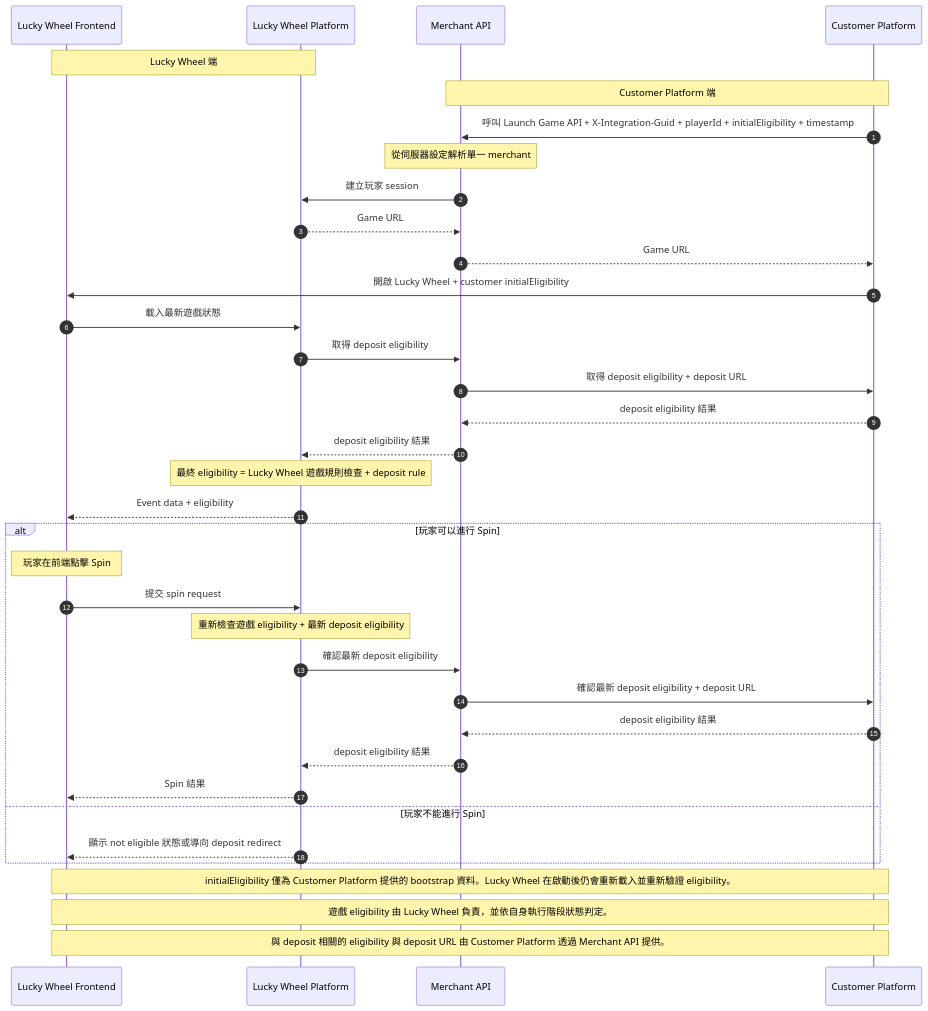
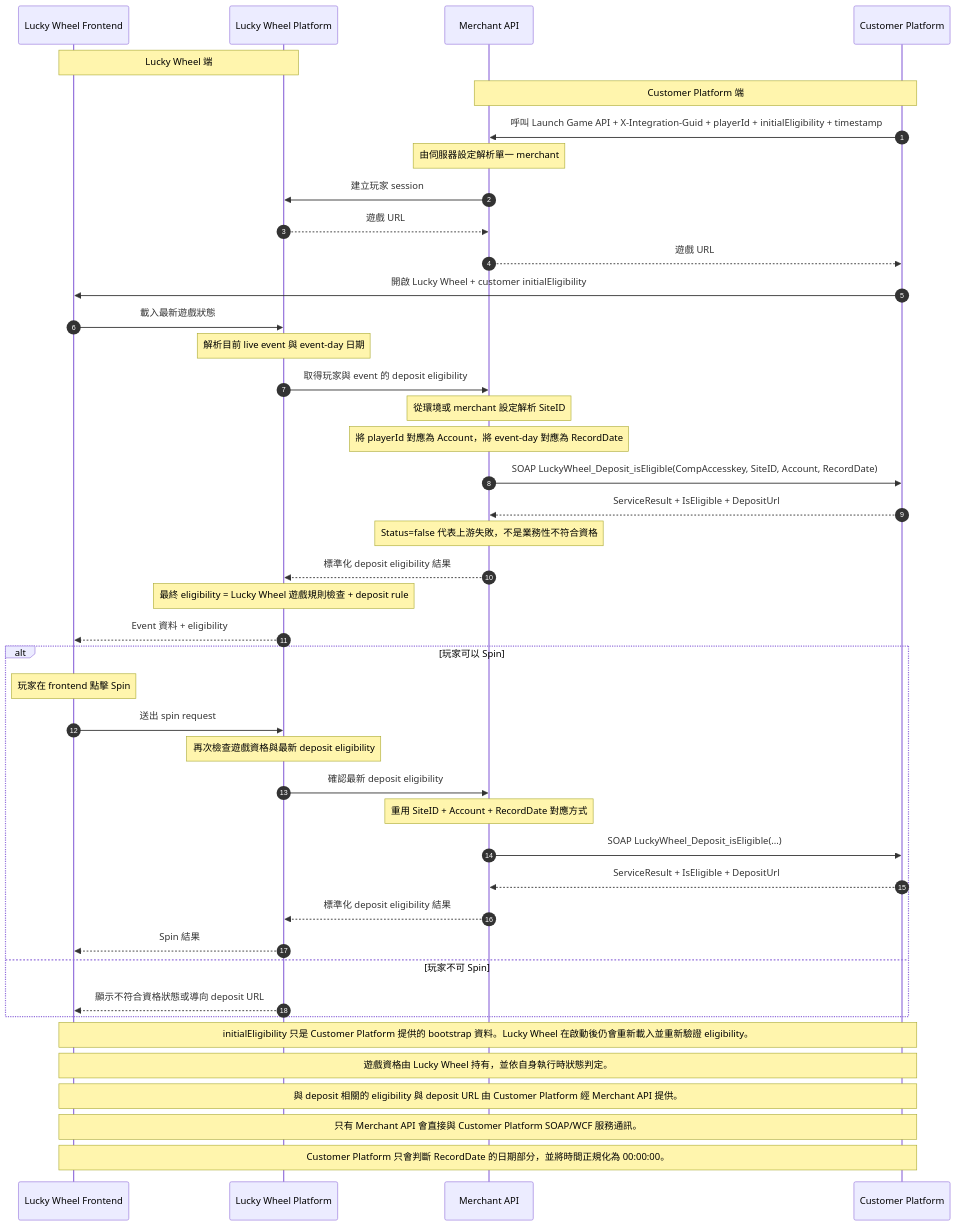
Before and after one commit to ElricStormking/LuckyWheelLeaderboard: the diagram in LuckyWheel_Dataflow_Diagram_Public_zh-TW.mmd, drawn with Mermaid. The commit also changed 19 other files, not shown here.

Commit message:
Integrate customer platform eligibility and update docs

```diff
--- a/LuckyWheel_Dataflow_Diagram_Public_zh-TW.mmd
+++ b/LuckyWheel_Dataflow_Diagram_Public_zh-TW.mmd
@@ -1,41 +1,48 @@
 sequenceDiagram
     autonumber
     participant LWF as Lucky Wheel Frontend
     participant LWP as Lucky Wheel Platform
     participant MAP as Merchant API
     participant CP as Customer Platform
 
     Note over LWF,LWP: Lucky Wheel 端
     Note over MAP,CP: Customer Platform 端
 
     CP->>MAP: 呼叫 Launch Game API + X-Integration-Guid + playerId + initialEligibility + timestamp
-    Note over MAP: 從伺服器設定解析單一 merchant
+    Note over MAP: 由伺服器設定解析單一 merchant
     MAP->>LWP: 建立玩家 session
-    LWP-->>MAP: Game URL
-    MAP-->>CP: Game URL
+    LWP-->>MAP: 遊戲 URL
+    MAP-->>CP: 遊戲 URL
     CP->>LWF: 開啟 Lucky Wheel + customer initialEligibility
 
     LWF->>LWP: 載入最新遊戲狀態
-    LWP->>MAP: 取得 deposit eligibility
-    MAP->>CP: 取得 deposit eligibility + deposit URL
-    CP-->>MAP: deposit eligibility 結果
-    MAP-->>LWP: deposit eligibility 結果
+    Note over LWP: 解析目前 live event 與 event-day 日期
+    LWP->>MAP: 取得玩家與 event 的 deposit eligibility
+    Note over MAP: 從環境或 merchant 設定解析 SiteID
+    Note over MAP: 將 playerId 對應為 Account，將 event-day 對應為 RecordDate
+    MAP->>CP: SOAP LuckyWheel_Deposit_isEligible(CompAccesskey, SiteID, Account, RecordDate)
+    CP-->>MAP: ServiceResult + IsEligible + DepositUrl
+    Note over MAP: Status=false 代表上游失敗，不是業務性不符合資格
+    MAP-->>LWP: 標準化 deposit eligibility 結果
     Note over LWP: 最終 eligibility = Lucky Wheel 遊戲規則檢查 + deposit rule
-    LWP-->>LWF: Event data + eligibility
+    LWP-->>LWF: Event 資料 + eligibility
 
-    alt 玩家可以進行 Spin
-        Note over LWF: 玩家在前端點擊 Spin
-        LWF->>LWP: 提交 spin request
-        Note over LWP: 重新檢查遊戲 eligibility + 最新 deposit eligibility
+    alt 玩家可以 Spin
+        Note over LWF: 玩家在 frontend 點擊 Spin
+        LWF->>LWP: 送出 spin request
+        Note over LWP: 再次檢查遊戲資格與最新 deposit eligibility
         LWP->>MAP: 確認最新 deposit eligibility
-        MAP->>CP: 確認最新 deposit eligibility + deposit URL
-        CP-->>MAP: deposit eligibility 結果
-        MAP-->>LWP: deposit eligibility 結果
+        Note over MAP: 重用 SiteID + Account + RecordDate 對應方式
+        MAP->>CP: SOAP LuckyWheel_Deposit_isEligible(...)
+        CP-->>MAP: ServiceResult + IsEligible + DepositUrl
+        MAP-->>LWP: 標準化 deposit eligibility 結果
         LWP-->>LWF: Spin 結果
-    else 玩家不能進行 Spin
-        LWP-->>LWF: 顯示 not eligible 狀態或導向 deposit redirect
+    else 玩家不可 Spin
+        LWP-->>LWF: 顯示不符合資格狀態或導向 deposit URL
     end
 
-    Note over LWF,CP: initialEligibility 僅為 Customer Platform 提供的 bootstrap 資料。Lucky Wheel 在啟動後仍會重新載入並重新驗證 eligibility。
-    Note over LWF,CP: 遊戲 eligibility 由 Lucky Wheel 負責，並依自身執行階段狀態判定。
-    Note over LWF,CP: 與 deposit 相關的 eligibility 與 deposit URL 由 Customer Platform 透過 Merchant API 提供。
+    Note over LWF,CP: initialEligibility 只是 Customer Platform 提供的 bootstrap 資料。Lucky Wheel 在啟動後仍會重新載入並重新驗證 eligibility。
+    Note over LWF,CP: 遊戲資格由 Lucky Wheel 持有，並依自身執行時狀態判定。
+    Note over LWF,CP: 與 deposit 相關的 eligibility 與 deposit URL 由 Customer Platform 經 Merchant API 提供。
+    Note over LWF,CP: 只有 Merchant API 會直接與 Customer Platform SOAP/WCF 服務通訊。
+    Note over LWF,CP: Customer Platform 只會判斷 RecordDate 的日期部分，並將時間正規化為 00:00:00。
```
